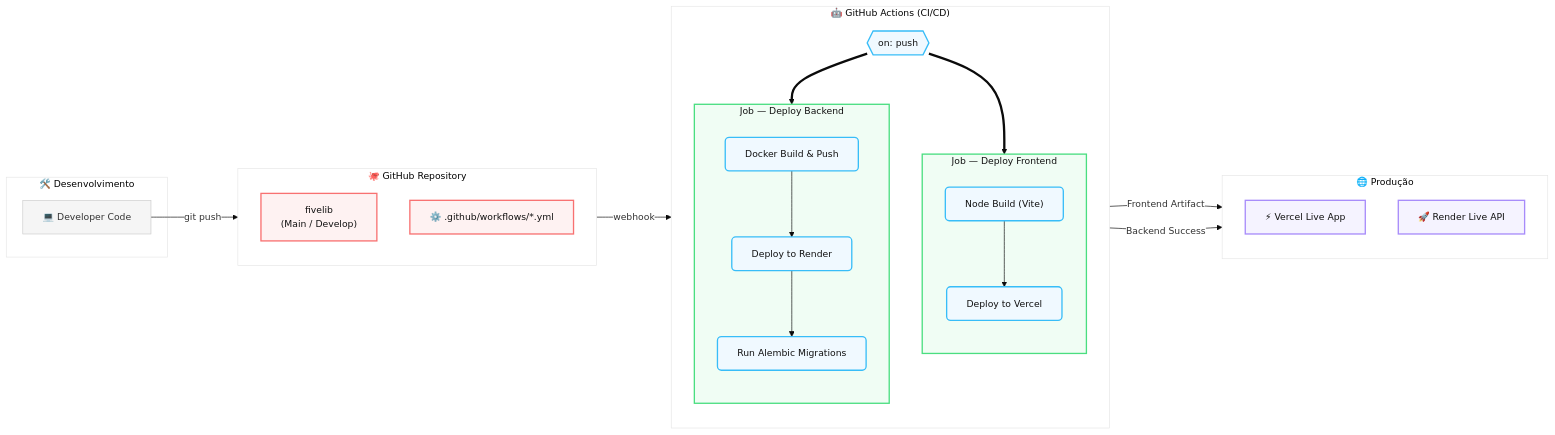
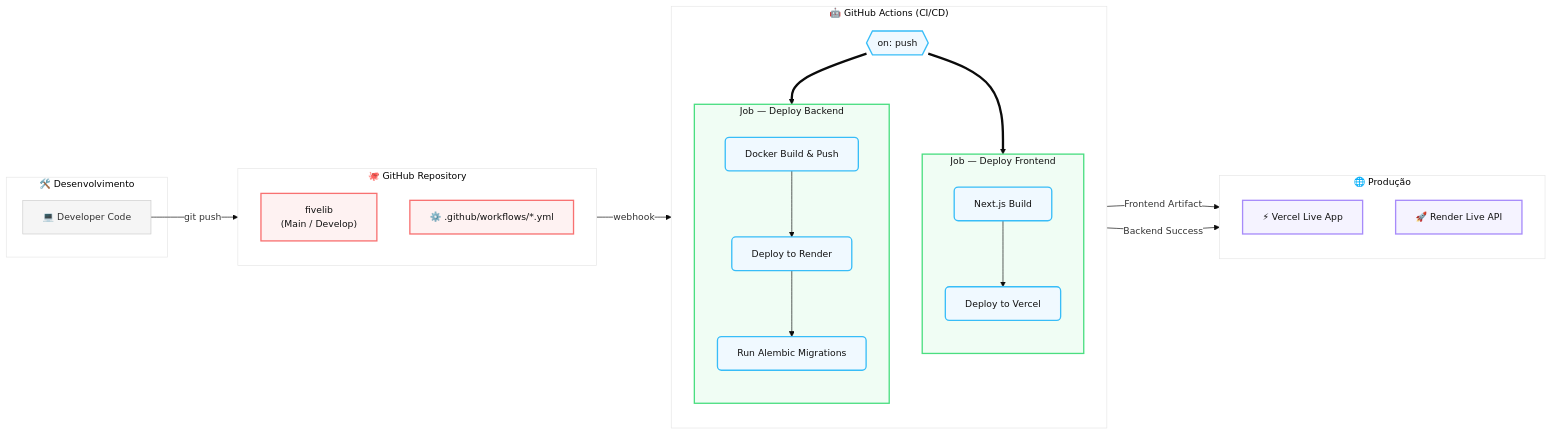
Before and after one commit to devacademicx/fivelib: the diagram in docs/infrastructure/assets/deployment-pipeline.mmd, drawn with Mermaid. The commit also changed 4 other files, not shown here.

```diff
--- a/docs/infrastructure/assets/deployment-pipeline.mmd
+++ b/docs/infrastructure/assets/deployment-pipeline.mmd
@@ -1,71 +1,71 @@
 %%{init: {'theme': 'base', 'themeVariables': {
   'primaryColor': '#f5f5f5',
   'primaryBorderColor': '#ccc',
   'tertiaryColor': '#fff',
   'edgeLabelBackground':'#ffffff',
   'fontFamily': 'Inter, Arial, sans-serif',
   'fontSize': '14px'
 }}}%%
 graph LR
     %% Define estilos para os nodes
     classDef git fill:#fef2f2,stroke:#f87171,stroke-width:2px,color:#111;
     classDef action fill:#f0f9ff,stroke:#38bdf8,stroke-width:2px,color:#111,rx:6,ry:6;
     classDef provider fill:#f5f3ff,stroke:#a78bfa,stroke-width:2px,color:#111;
     classDef success fill:#f0fdf4,stroke:#4ade80,color:#111,stroke-width:2px;
 
     %% Fase de Desenvolvimento
     subgraph Dev ["🛠️ Desenvolvimento"]
         D_Code["💻 Developer Code"]
     end
 
     %% Repositório Central
     subgraph GitHub_Repo ["🐙 GitHub Repository"]
         direction TB
         G_Repo["fivelib<br/>(Main / Develop)"]
         G_Config["⚙️ .github/workflows/*.yml"]
     end
 
     %% Pipeline de CI/CD
     subgraph GA_Workflow ["🤖 GitHub Actions (CI/CD)"]
         direction TB
         GA_Trigger{{"on: push"}}
 
         %% Job: Frontend
         subgraph Job_Frontend ["Job — Deploy Frontend"]
             direction TB
-            JF_Build["Node Build (Vite)"]
+            JF_Build["Next.js Build"]
             JF_Deploy["Deploy to Vercel"]
             JF_Build --> JF_Deploy
         end
 
         %% Job: Backend
         subgraph Job_Backend ["Job — Deploy Backend"]
             direction TB
             JB_Build["Docker Build & Push"]
             JB_Deploy["Deploy to Render"]
             JB_Alembic["Run Alembic Migrations"]
             JB_Build --> JB_Deploy --> JB_Alembic
         end
 
         GA_Trigger ==> Job_Frontend
         GA_Trigger ==> Job_Backend
     end
 
     %% Ambientes de Produção
     subgraph Production ["🌐 Produção"]
         direction TB
         P_Vercel["⚡ Vercel Live App"]
         P_Render["🚀 Render Live API"]
     end
 
     %% Fluxo CI/CD
     D_Code -->|"git push"| G_Repo
     G_Repo -->|"webhook"| GA_Trigger
     JF_Deploy -->|"Frontend Artifact"| P_Vercel
     JB_Alembic -->|"Backend Success"| P_Render
 
     %% Aplicação de classes
     class G_Repo,G_Config git;
     class GA_Trigger,JF_Build,JF_Deploy,JB_Build,JB_Deploy,JB_Alembic action;
     class P_Vercel,P_Render provider;
     class Job_Frontend,Job_Backend success;
```
